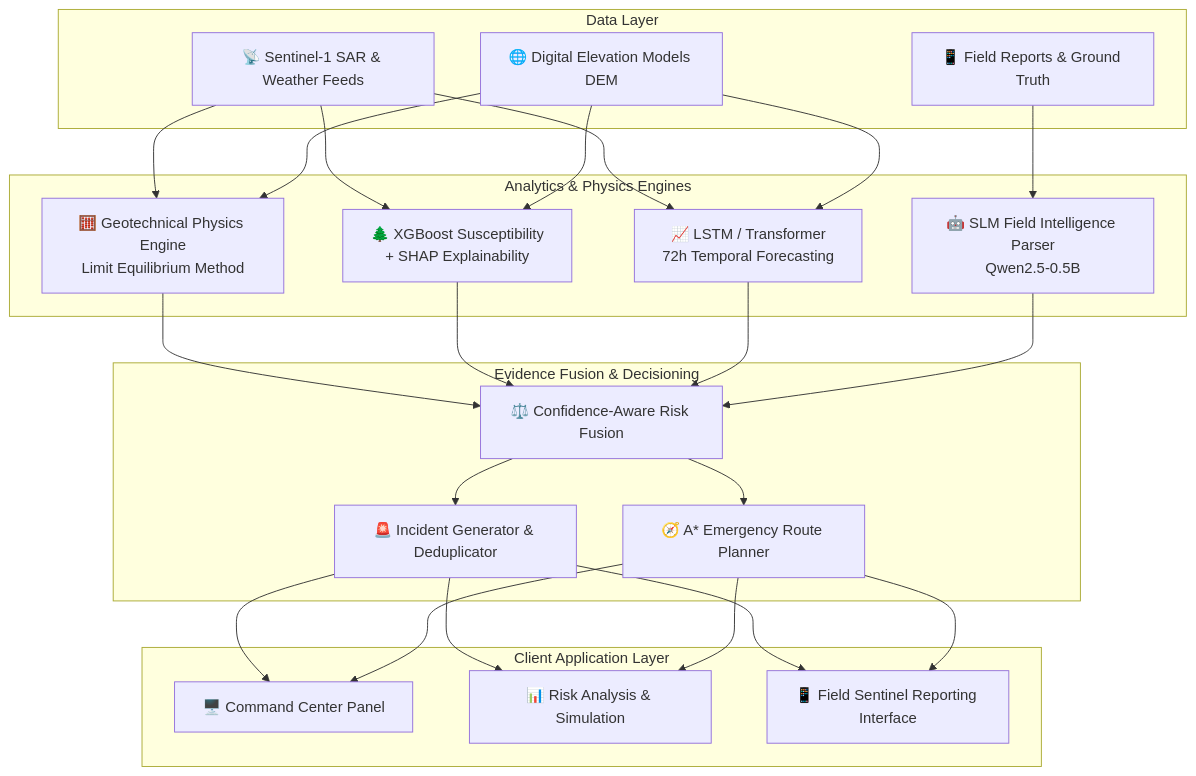
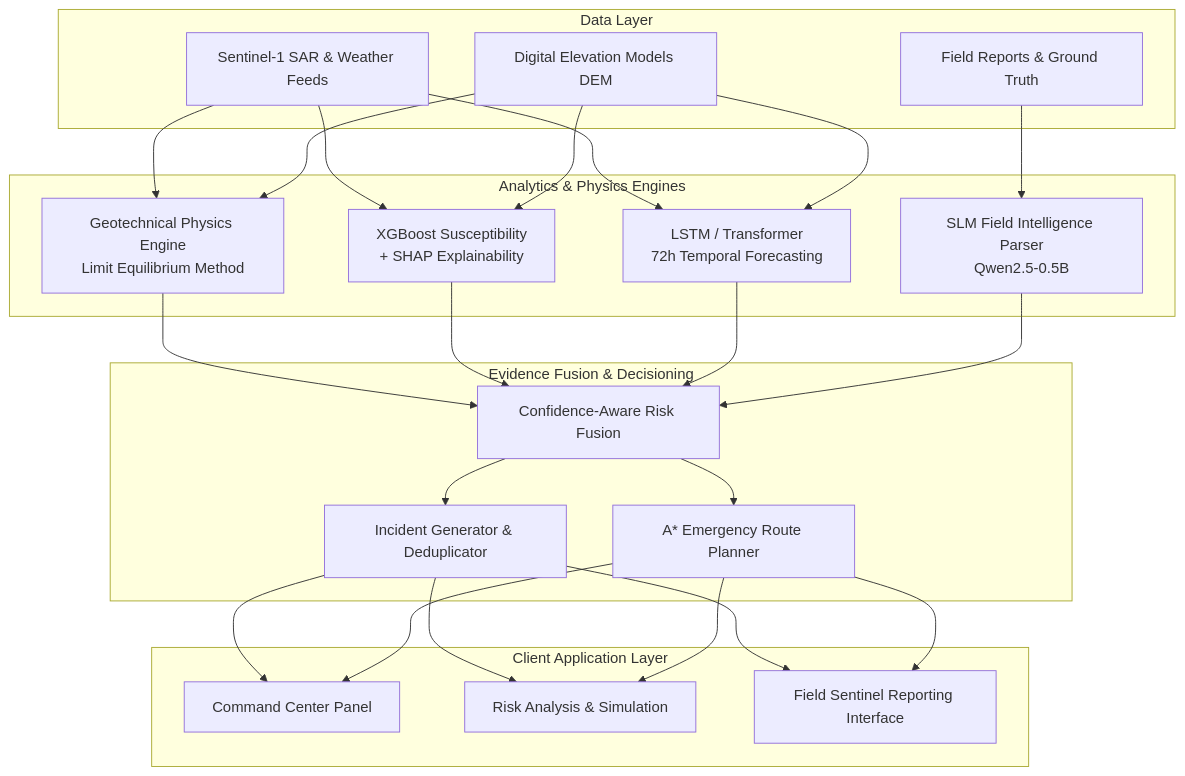
One commit to hitanshinahar/georesilience changed the first of 4 diagrams in docs/ARCHITECTURE.md. Above: the diagram before and after it, drawn with Mermaid. The commit also changed other lines of this file and 10 other files, not shown here.

````diff
--- a/docs/ARCHITECTURE.md
+++ b/docs/ARCHITECTURE.md
@@ -9,33 +9,33 @@
 ```mermaid
 flowchart TD
     subgraph Data Layer
-        D1[📡 Sentinel-1 SAR & Weather Feeds]
-        D2[🌐 Digital Elevation Models DEM]
-        D3[📱 Field Reports & Ground Truth]
+        D1[Sentinel-1 SAR & Weather Feeds]
+        D2[Digital Elevation Models DEM]
+        D3[Field Reports & Ground Truth]
     end
 
     subgraph Analytics & Physics Engines
-        P1[🧮 Geotechnical Physics Engine<br/>Limit Equilibrium Method]
-        M1[🌲 XGBoost Susceptibility<br/>+ SHAP Explainability]
-        M2[📈 LSTM / Transformer<br/>72h Temporal Forecasting]
-        M3[🤖 SLM Field Intelligence Parser<br/>Qwen2.5-0.5B]
+        P1[Geotechnical Physics Engine<br/>Limit Equilibrium Method]
+        M1[XGBoost Susceptibility<br/>+ SHAP Explainability]
+        M2[LSTM / Transformer<br/>72h Temporal Forecasting]
+        M3[SLM Field Intelligence Parser<br/>Qwen2.5-0.5B]
     end
 
     subgraph Evidence Fusion & Decisioning
-        F1[⚖️ Confidence-Aware Risk Fusion]
-        O1[🚨 Incident Generator & Deduplicator]
-        R1[🧭 A* Emergency Route Planner]
+        F1[Confidence-Aware Risk Fusion]
+        O1[Incident Generator & Deduplicator]
+        R1[A* Emergency Route Planner]
     end
 
     subgraph Client Application Layer
-        C1[🖥️ Command Center Panel]
-        C2[📊 Risk Analysis & Simulation]
-        C3[📱 Field Sentinel Reporting Interface]
+        C1[Command Center Panel]
+        C2[Risk Analysis & Simulation]
+        C3[Field Sentinel Reporting Interface]
     end
 
     D1 & D2 --> P1 & M1 & M2
     D3 --> M3
     P1 & M1 & M2 & M3 --> F1
     F1 --> O1 & R1
     O1 & R1 --> C1 & C2 & C3
 ```
````
